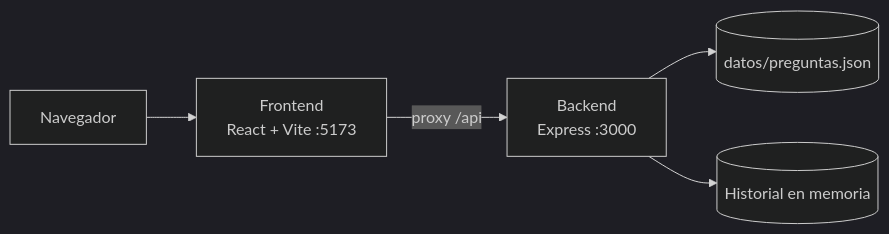
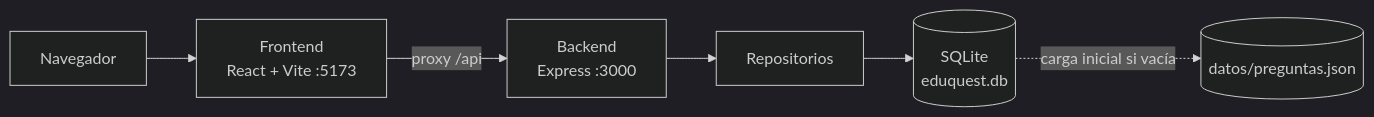
One commit to irigoyen161817/g1.1 changed the first of 2 diagrams in README.md. Above: the diagram before and after it, drawn with Mermaid (dark theme). The commit also changed other lines of this file, not shown here.

Commit message:
HHUU00: documentar la persistencia con sqlite y la variable ruta_base_datos

````diff
--- a/README.md
+++ b/README.md
@@ -101,7 +103,8 @@
 ```mermaid
 flowchart LR
   Navegador["Navegador"] --> Vite["Frontend<br/>React + Vite :5173"]
   Vite -- "proxy /api" --> Express["Backend<br/>Express :3000"]
-  Express --> Datos[("datos/preguntas.json")]
-  Express --> Historial[("Historial en memoria")]
+  Express --> Repositorios["Repositorios"]
+  Repositorios --> SQLite[("SQLite<br/>eduquest.db")]
+  SQLite -. "carga inicial si vacía" .-> Datos[("datos/preguntas.json")]
 ```
````
